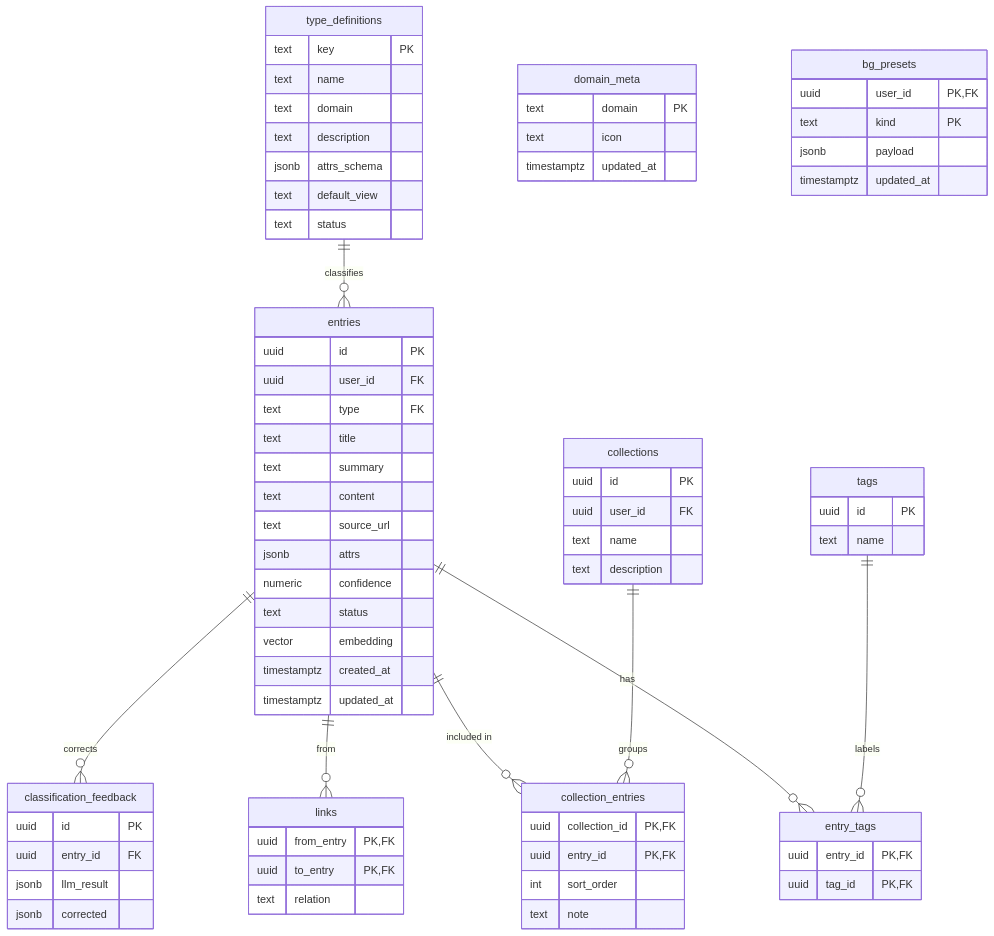
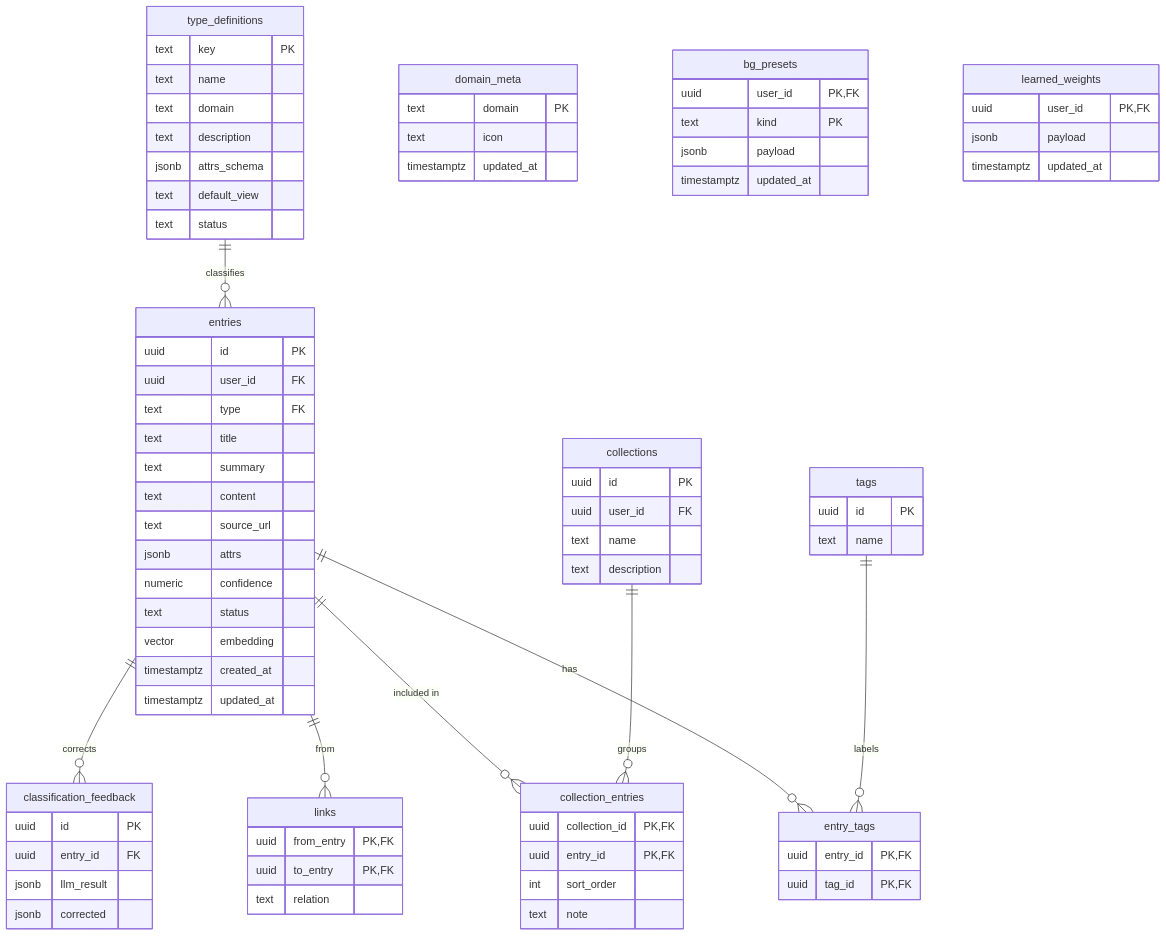
The diagram in docs/data-model.md (alvis9315/knowledge-inbox), drawn with Mermaid before and after one commit. The commit also changed other lines of this file and 3 other files, not shown here.

First line of the commit message:
feat(capture): 自學字典 DB 化——0012 learned_weights + 雲端鏡像(fail-soft)

````diff
--- a/docs/data-model.md
+++ b/docs/data-model.md
@@ -22,77 +23,82 @@
 ```mermaid
 erDiagram
   type_definitions ||--o{ entries : "classifies"
   entries ||--o{ entry_tags : "has"
   tags ||--o{ entry_tags : "labels"
   entries ||--o{ collection_entries : "included in"
   collections ||--o{ collection_entries : "groups"
   entries ||--o{ links : "from"
   entries ||--o{ classification_feedback : "corrects"
 
   type_definitions {
     text key PK
     text name
     text domain
     text description
     jsonb attrs_schema
     text default_view
     text status
   }
   entries {
     uuid id PK
     uuid user_id FK
     text type FK
     text title
     text summary
     text content
     text source_url
     jsonb attrs
     numeric confidence
     text status
     vector embedding
     timestamptz created_at
     timestamptz updated_at
   }
   tags {
     uuid id PK
     text name
   }
   entry_tags {
     uuid entry_id PK,FK
     uuid tag_id PK,FK
   }
   collections {
     uuid id PK
     uuid user_id FK
     text name
     text description
   }
   collection_entries {
     uuid collection_id PK,FK
     uuid entry_id PK,FK
     int sort_order
     text note
   }
   links {
     uuid from_entry PK,FK
     uuid to_entry PK,FK
     text relation
   }
   classification_feedback {
     uuid id PK
     uuid entry_id FK
     jsonb llm_result
     jsonb corrected
   }
   domain_meta {
     text domain PK
     text icon
     timestamptz updated_at
   }
   bg_presets {
     uuid user_id PK,FK
     text kind PK
     jsonb payload
     timestamptz updated_at
   }
+  learned_weights {
+    uuid user_id PK,FK
+    jsonb payload
+    timestamptz updated_at
+  }
 ```
````
